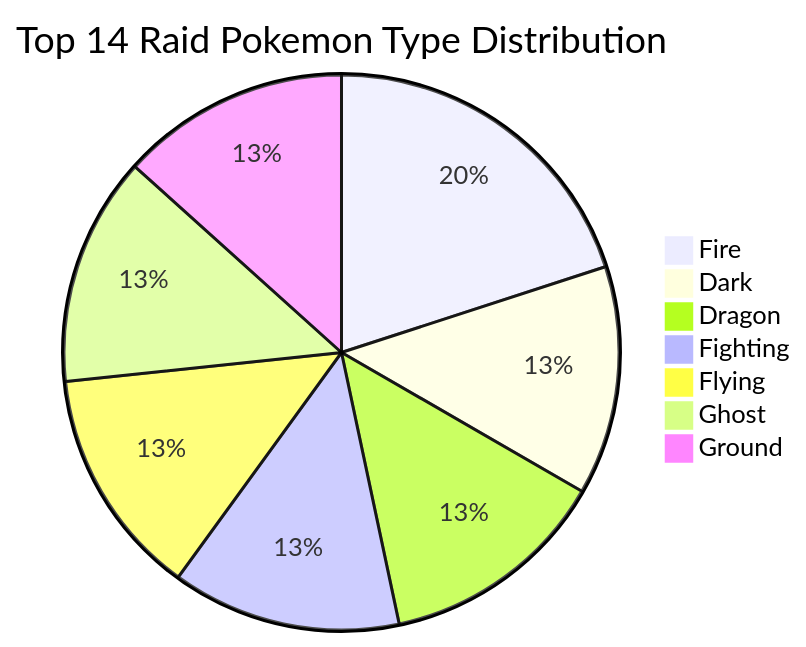
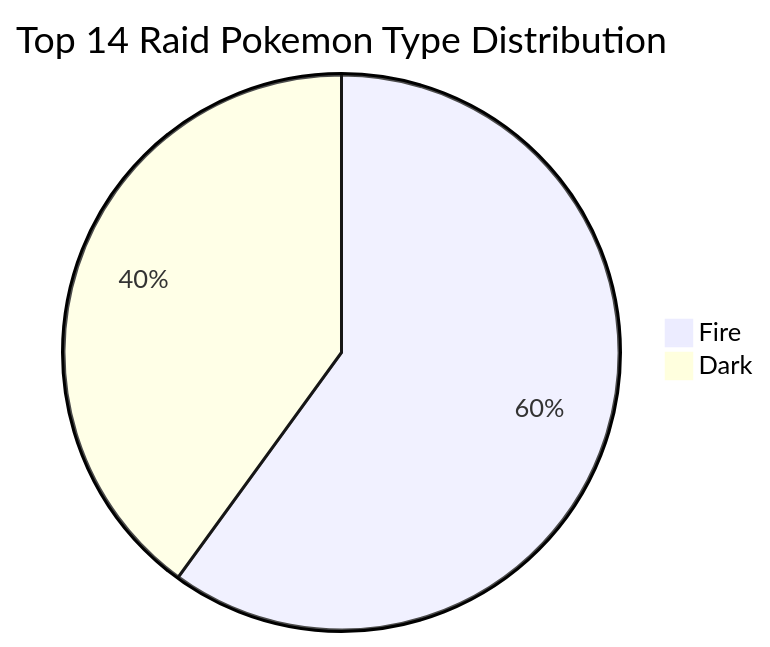
The fourth of 4 diagrams in mermaidTesting.md (austinTracy7/TestingArea), drawn with Mermaid before and after one commit.

````diff
--- a/mermaidTesting.md
+++ b/mermaidTesting.md
@@ -25,11 +25,6 @@
 ```mermaid
 pie
     title Top 14 Raid Pokemon Type Distribution
     "Fire": 3
     "Dark": 2 
-    "Dragon": 2 
-    "Fighting": 2
-    "Flying": 2
-    "Ghost": 2 
-    "Ground": 2 
 ```
````
